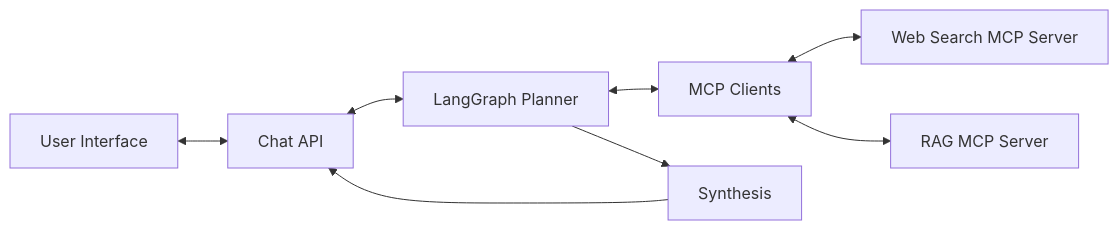
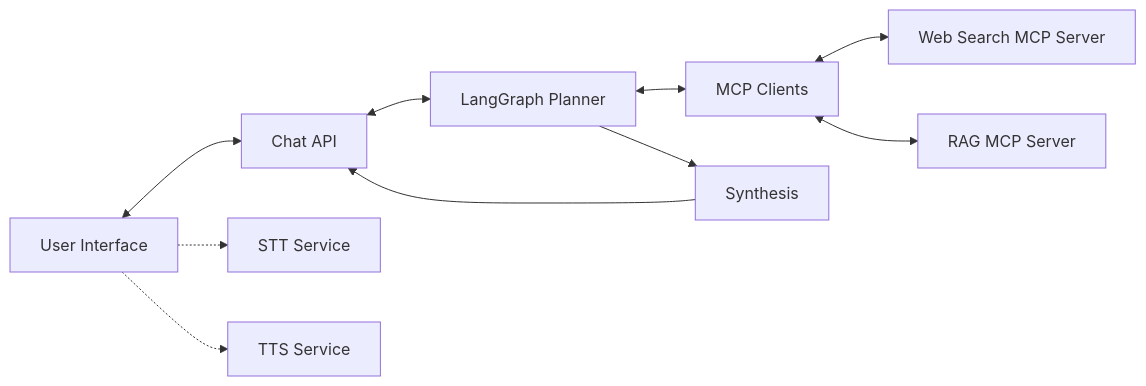
The diagram in README.md (ArturRomanov/agent-tools-project), drawn with Mermaid before and after one commit. The commit also changed other lines of this file and 41 other files, not shown here.

Commit message:
Added TTS, STT, tracing

````diff
--- a/README.md
+++ b/README.md
@@ -28,10 +28,12 @@
 ```mermaid
 flowchart LR
   UI["User Interface"] <--> API["Chat API"]
   API <--> Planner["LangGraph Planner"]
   Planner <--> MCP["MCP Clients"]
   MCP <--> WS["Web Search MCP Server"]
   MCP <--> RAGMCP["RAG MCP Server"]
   Planner --> Synthesis["Synthesis"]
   Synthesis --> API
+  UI -.-> STT["STT Service"]
+  UI -.-> TTS["TTS Service"]
 ```
````
